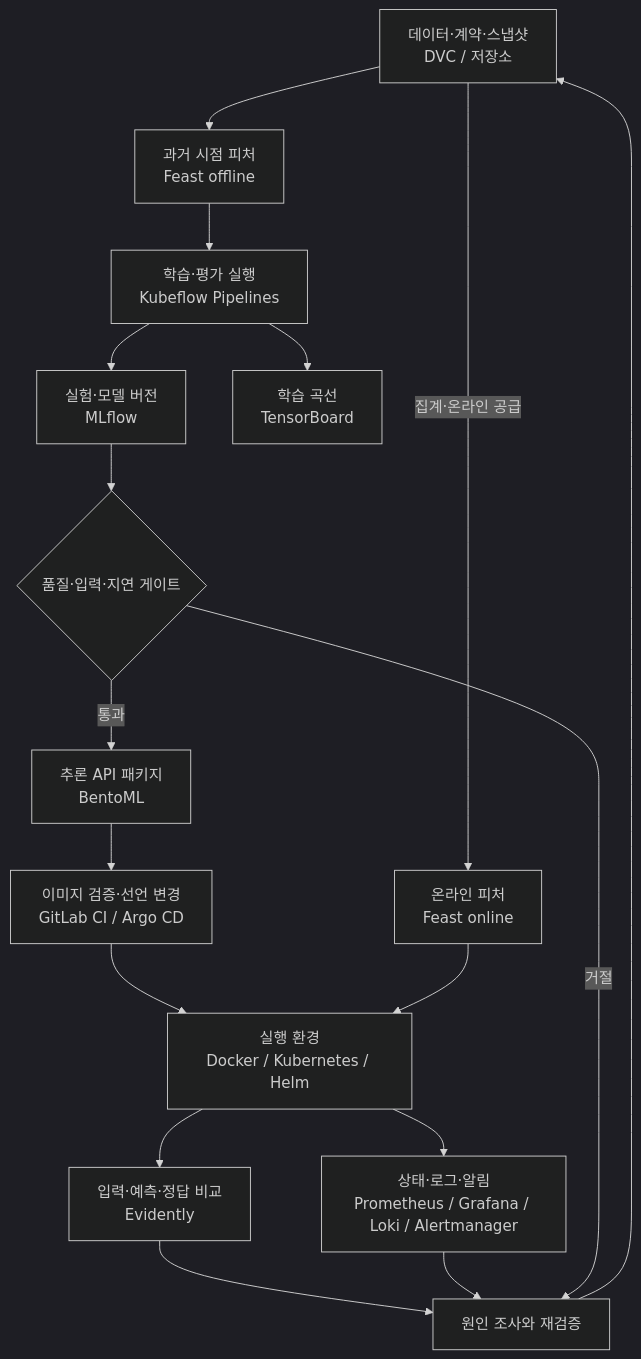
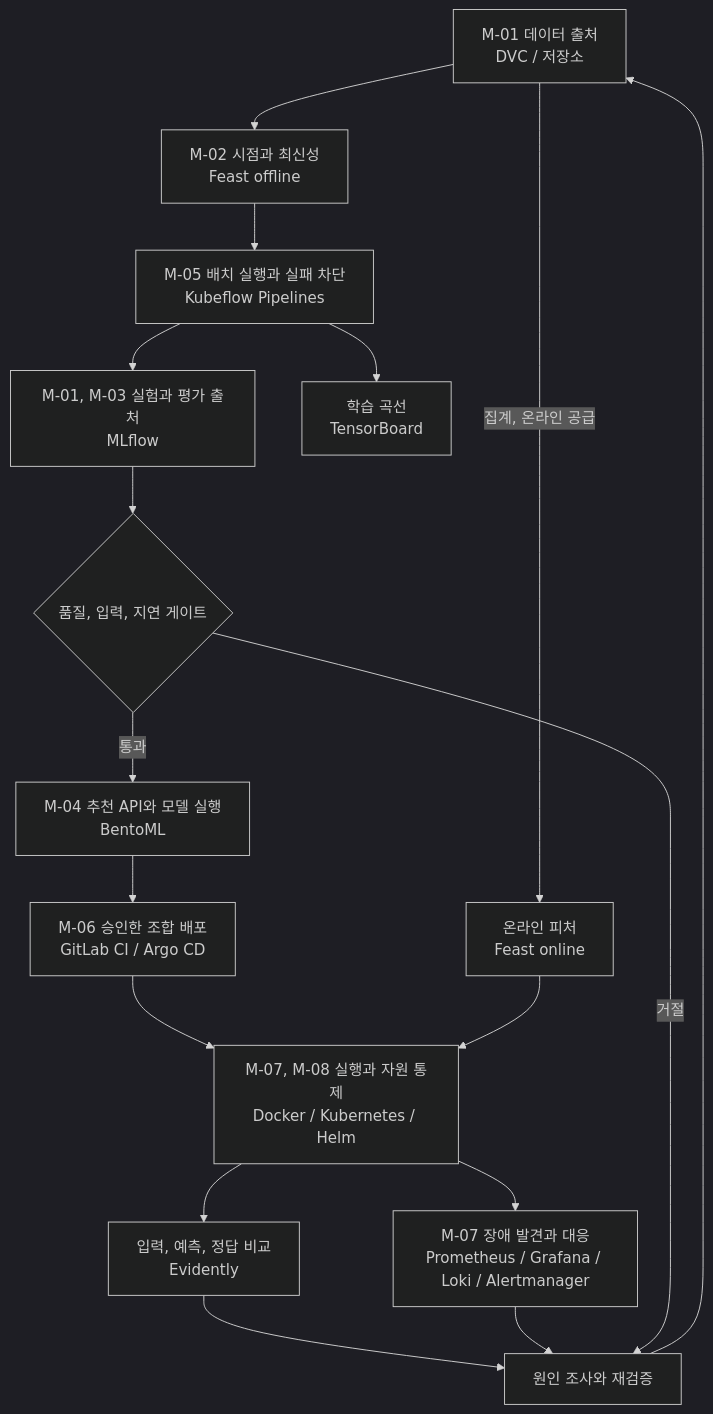
The diagram in content/docs/tech/mlops/_index.md (johklo/johklo.github.io), drawn with Mermaid (dark theme) before and after one commit. The commit also changed other lines of this file and 32 other files, not shown here.

````diff
--- a/content/docs/tech/mlops/_index.md
+++ b/content/docs/tech/mlops/_index.md
@@ -33,21 +72,21 @@
 ```mermaid
 flowchart TD
     accTitle: Bookway MLOps 전체 흐름
     accDescr: 데이터 버전과 시점 기준을 고정하고 Feast로 피처를 조회한다. Kubeflow가 학습과 검증을 실행하고 MLflow에 기록한다. 통과한 출시를 BentoML과 GitOps로 배포하며 운영 관측을 다음 변경에 반영한다.
-    D["데이터·계약·스냅샷<br/>DVC / 저장소"] --> F["과거 시점 피처<br/>Feast offline"]
-    F --> K["학습·평가 실행<br/>Kubeflow Pipelines"]
-    K --> M["실험·모델 버전<br/>MLflow"]
+    D["M-01 데이터 출처<br/>DVC / 저장소"] --> F["M-02 시점과 최신성<br/>Feast offline"]
+    F --> K["M-05 배치 실행과 실패 차단<br/>Kubeflow Pipelines"]
+    K --> M["M-01, M-03 실험과 평가 출처<br/>MLflow"]
     K --> T["학습 곡선<br/>TensorBoard"]
-    M --> G{"품질·입력·지연 게이트"}
-    G -->|"통과"| B["추론 API 패키지<br/>BentoML"]
-    B --> C["이미지 검증·선언 변경<br/>GitLab CI / Argo CD"]
-    C --> S["실행 환경<br/>Docker / Kubernetes / Helm"]
+    M --> G{"품질, 입력, 지연 게이트"}
+    G -->|"통과"| B["M-04 추천 API와 모델 실행<br/>BentoML"]
+    B --> C["M-06 승인한 조합 배포<br/>GitLab CI / Argo CD"]
+    C --> S["M-07, M-08 실행과 자원 통제<br/>Docker / Kubernetes / Helm"]
     O["온라인 피처<br/>Feast online"] --> S
-    D -->|"집계·온라인 공급"| O
-    S --> P["상태·로그·알림<br/>Prometheus / Grafana / Loki / Alertmanager"]
-    S --> E["입력·예측·정답 비교<br/>Evidently"]
+    D -->|"집계, 온라인 공급"| O
+    S --> P["M-07 장애 발견과 대응<br/>Prometheus / Grafana / Loki / Alertmanager"]
+    S --> E["입력, 예측, 정답 비교<br/>Evidently"]
     E --> R["원인 조사와 재검증"]
     P --> R
     R --> D
     G -->|"거절"| R
 ```
````
